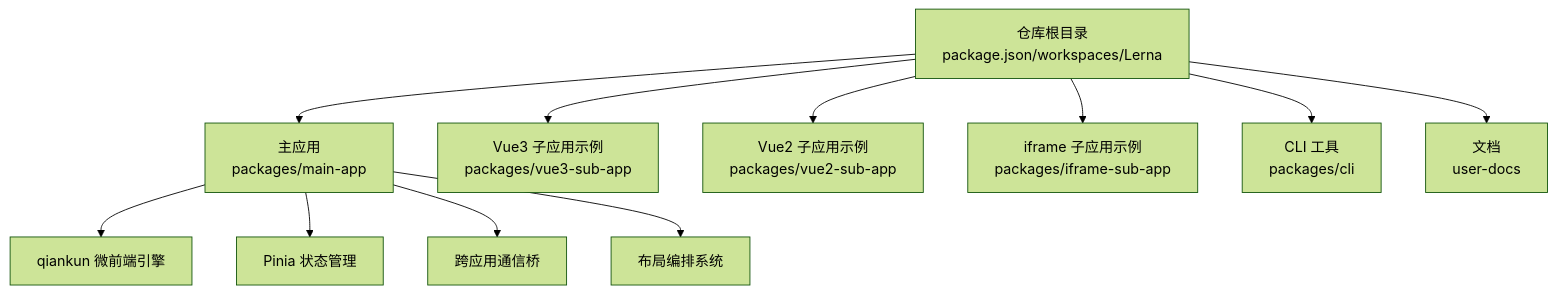
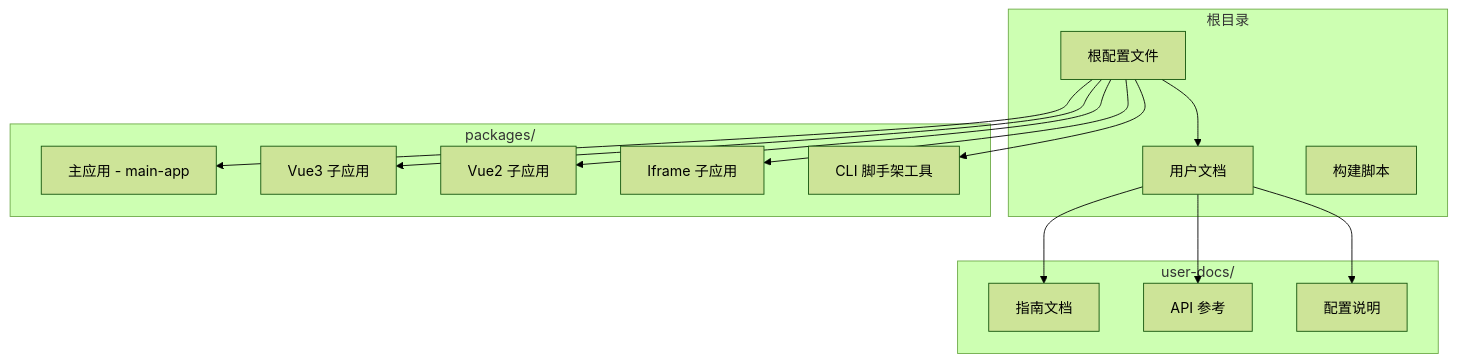
The first of 9 diagrams in .qoder/repowiki/zh/content/项目概述.md (my-Sitara/artisan-base-frontend), drawn with Mermaid (forest theme) before and after one commit. The commit also changed other lines of this file and 25 other files, not shown here.

````diff
--- a/.qoder/repowiki/zh/content/项目概述.md
+++ b/.qoder/repowiki/zh/content/项目概述.md
@@ -57,13 +44,29 @@
 ```mermaid
 graph TB
-Root["仓库根目录<br/>package.json/workspaces/Lerna"] --> MainApp["主应用<br/>packages/main-app"]
-Root --> Vue3App["Vue3 子应用示例<br/>packages/vue3-sub-app"]
-Root --> Vue2App["Vue2 子应用示例<br/>packages/vue2-sub-app"]
-Root --> IframeApp["iframe 子应用示例<br/>packages/iframe-sub-app"]
-Root --> CLI["CLI 工具<br/>packages/cli"]
-Root --> Docs["文档<br/>user-docs"]
-MainApp --> Qiankun["qiankun 微前端引擎"]
-MainApp --> Pinia["Pinia 状态管理"]
-MainApp --> Bridge["跨应用通信桥"]
-MainApp --> Layout["布局编排系统"]
+subgraph "根目录"
+Root[根配置文件]
+Docs[用户文档]
+Scripts[构建脚本]
+end
+subgraph "packages/"
+MainApp[主应用 - main-app]
+Vue3App[Vue3 子应用]
+Vue2App[Vue2 子应用]
+IframeApp[Iframe 子应用]
+CLI[CLI 脚手架工具]
+end
+subgraph "user-docs/"
+Guide[指南文档]
+API[API 参考]
+Config[配置说明]
+end
+Root --> MainApp
+Root --> Vue3App
+Root --> Vue2App
+Root --> IframeApp
+Root --> CLI
+Root --> Docs
+Docs --> Guide
+Docs --> API
+Docs --> Config
 ```
````
